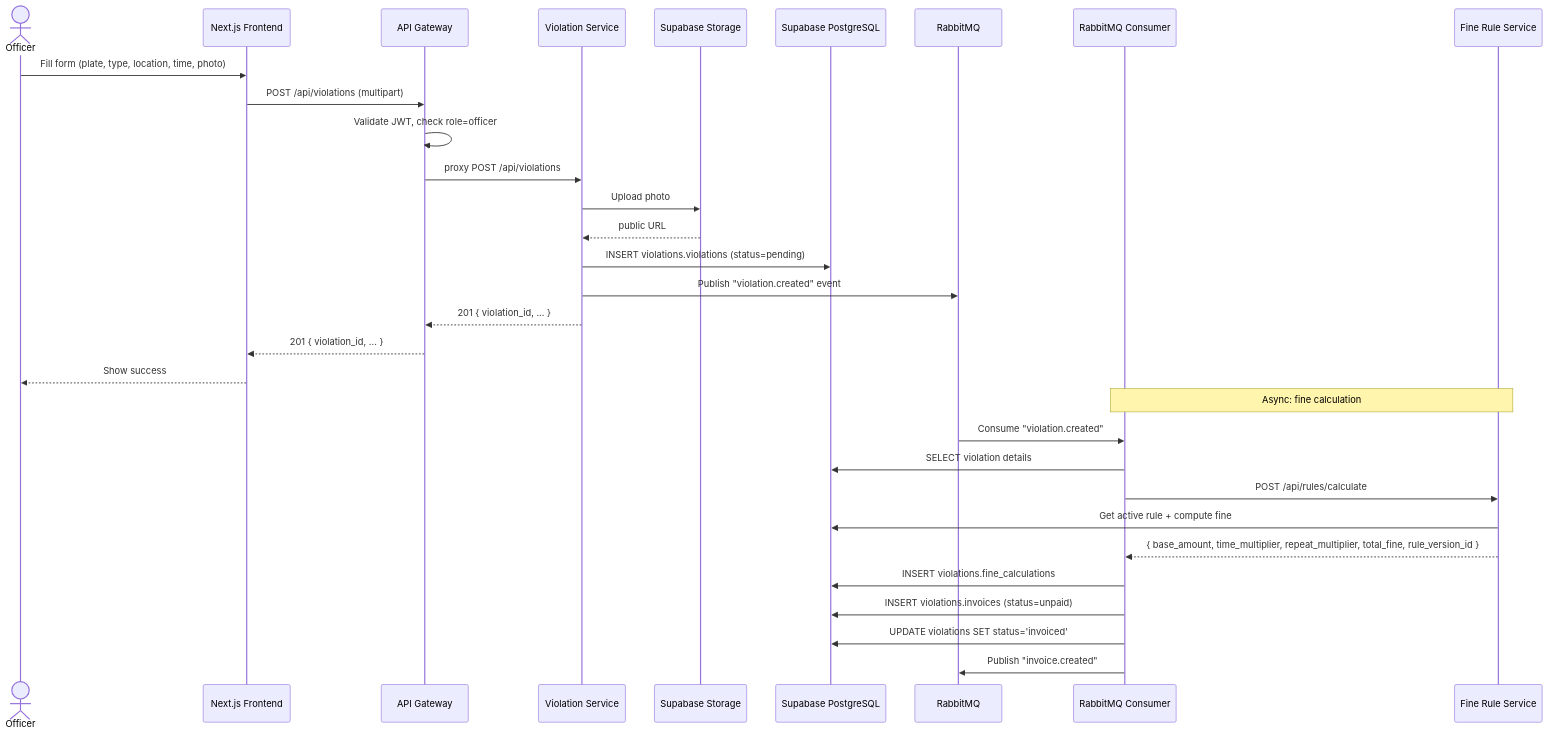
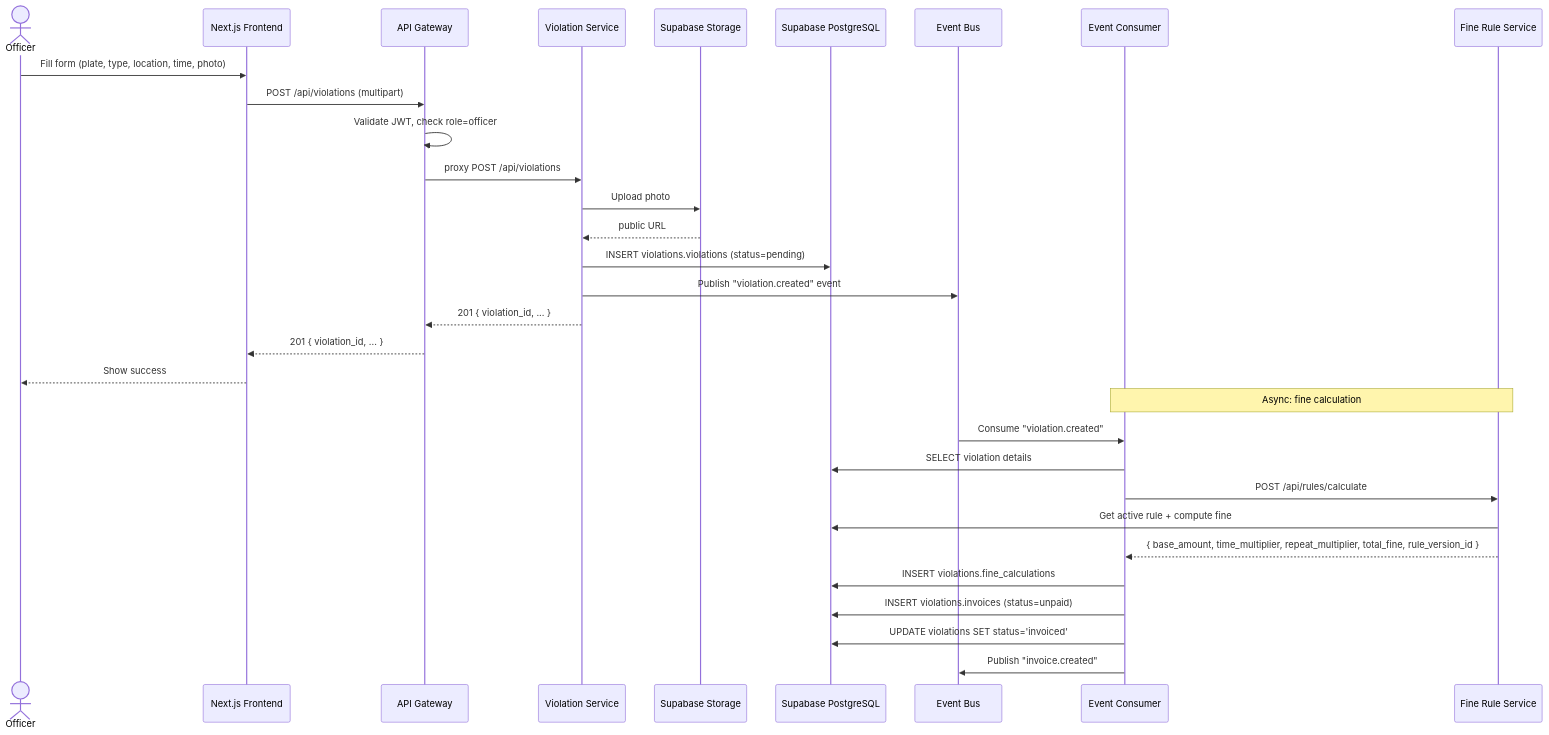
One commit to dzaky2636/parking-violation-portal changed the first of 5 diagrams in DESIGN.md. Above: the diagram before and after it, drawn with Mermaid. The commit also changed other lines of this file, not shown here.

First line of the commit message:
fix: remove quoted comments from Mermaid ERD, update RabbitMQ → Event Bus

````diff
--- a/DESIGN.md
+++ b/DESIGN.md
@@ -45,35 +45,35 @@
 ```mermaid
 sequenceDiagram
     actor Officer
     participant UI as Next.js Frontend
     participant GW as API Gateway
     participant VS as Violation Service
     participant Storage as Supabase Storage
     participant DB as Supabase PostgreSQL
-    participant MQ as RabbitMQ
-    participant Consumer as RabbitMQ Consumer
+    participant MQ as Event Bus
+    participant Consumer as Event Consumer
     participant FRS as Fine Rule Service
 
     Officer->>UI: Fill form (plate, type, location, time, photo)
     UI->>GW: POST /api/violations (multipart)
     GW->>GW: Validate JWT, check role=officer
     GW->>VS: proxy POST /api/violations
     VS->>Storage: Upload photo
     Storage-->>VS: public URL
     VS->>DB: INSERT violations.violations (status=pending)
     VS->>MQ: Publish "violation.created" event
     VS-->>GW: 201 { violation_id, ... }
     GW-->>UI: 201 { violation_id, ... }
     UI-->>Officer: Show success
 
     Note over Consumer,FRS: Async: fine calculation
     MQ->>Consumer: Consume "violation.created"
     Consumer->>DB: SELECT violation details
     Consumer->>FRS: POST /api/rules/calculate
     FRS->>DB: Get active rule + compute fine
     FRS-->>Consumer: { base_amount, time_multiplier, repeat_multiplier, total_fine, rule_version_id }
     Consumer->>DB: INSERT violations.fine_calculations
     Consumer->>DB: INSERT violations.invoices (status=unpaid)
     Consumer->>DB: UPDATE violations SET status='invoiced'
     Consumer->>MQ: Publish "invoice.created"
 ```
````
